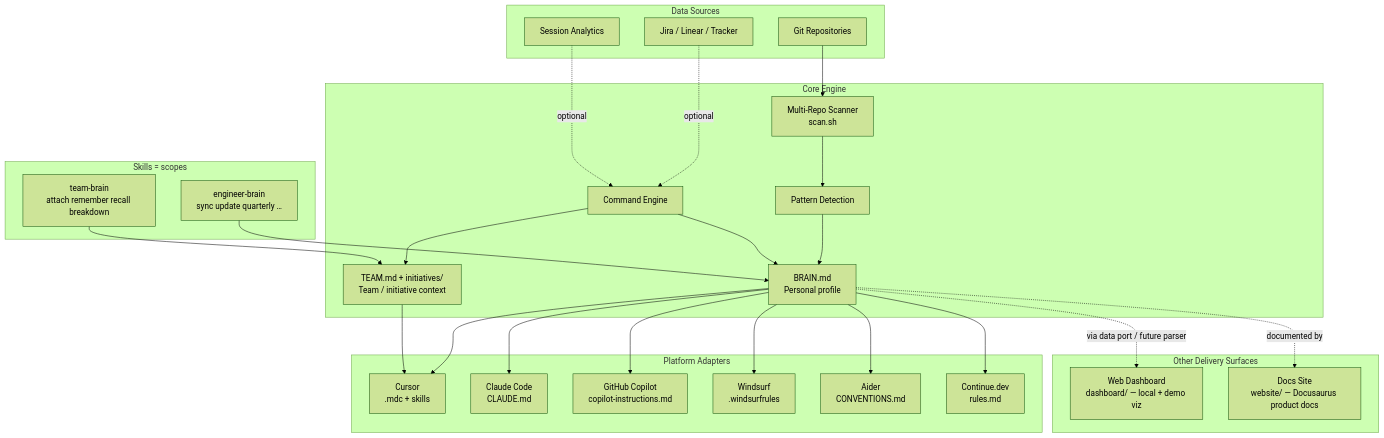
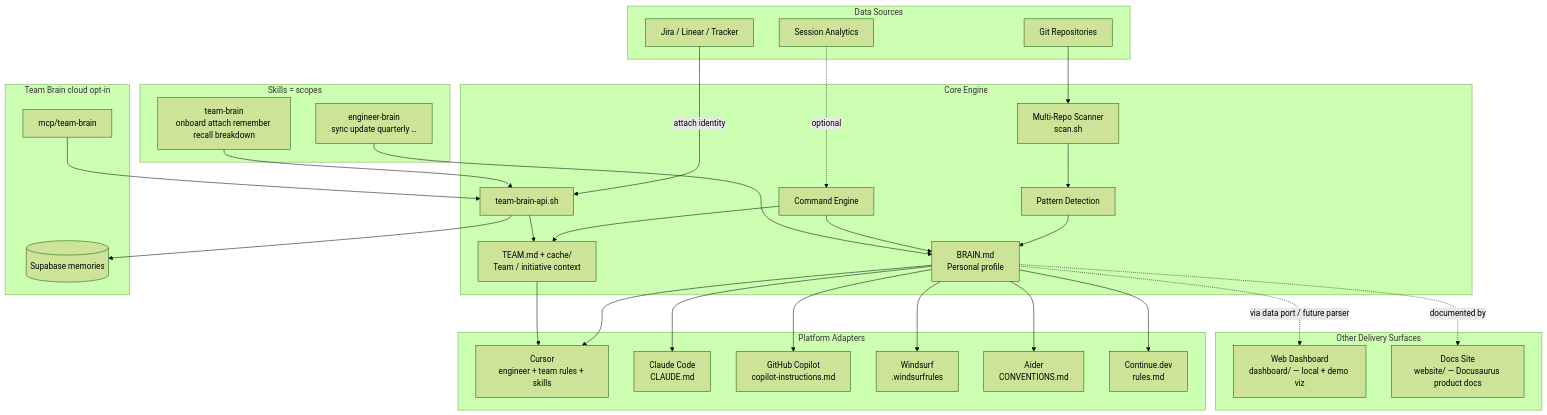
Before and after one commit to Hrithik-Gavankar/brainstack: the first of 7 diagrams in docs/architecture.md, drawn with Mermaid (forest theme). The commit also changed other lines of this file and 24 other files, not shown here.

Commit message:
docs(team-brain): align README, guides, and website with collaborative memory shipped state

````diff
--- a/docs/architecture.md
+++ b/docs/architecture.md
@@ -12,54 +12,63 @@
 ```mermaid
 flowchart TD
     subgraph Sources["Data Sources"]
         GIT[Git Repositories]
         JIRA[Jira / Linear / Tracker]
         SESS[Session Analytics]
     end
 
     subgraph Core["Core Engine"]
         SCAN[Multi-Repo Scanner<br/>scan.sh]
         PATTERN[Pattern Detection]
         BRAIN[BRAIN.md<br/>Personal profile]
-        TEAM[TEAM.md + initiatives/<br/>Team / initiative context]
+        TEAM[TEAM.md + cache/<br/>Team / initiative context]
+        API[team-brain-api.sh]
         CMD[Command Engine]
+    end
+
+    subgraph Cloud["Team Brain cloud opt-in"]
+        SB[(Supabase memories)]
+        MCP[mcp/team-brain]
     end
 
     subgraph Skills["Skills = scopes"]
         EB[engineer-brain<br/>sync update quarterly …]
-        TB[team-brain<br/>attach remember recall breakdown]
+        TB[team-brain<br/>onboard attach remember recall breakdown]
     end
 
     subgraph Adapters["Platform Adapters"]
-        CUR[Cursor<br/>.mdc + skills]
+        CUR[Cursor<br/>engineer + team rules + skills]
         CLA[Claude Code<br/>CLAUDE.md]
         COP[GitHub Copilot<br/>copilot-instructions.md]
         WIN[Windsurf<br/>.windsurfrules]
         AID[Aider<br/>CONVENTIONS.md]
         CON[Continue.dev<br/>rules.md]
     end
 
     subgraph Surfaces["Other Delivery Surfaces"]
         DASH[Web Dashboard<br/>dashboard/ — local + demo viz]
         DOCS[Docs Site<br/>website/ — Docusaurus product docs]
     end
 
     GIT --> SCAN
-    JIRA -.->|optional| CMD
+    JIRA -->|attach identity| API
     SESS -.->|optional| CMD
     SCAN --> PATTERN
     PATTERN --> BRAIN
     CMD --> BRAIN
     CMD --> TEAM
     EB --> BRAIN
-    TB --> TEAM
+    TB --> API
+    API --> SB
+    API --> TEAM
+    MCP --> API
     BRAIN --> CUR
     TEAM --> CUR
     BRAIN --> CLA
     BRAIN --> COP
     BRAIN --> WIN
     BRAIN --> AID
     BRAIN --> CON
     BRAIN -.->|via data port / future parser| DASH
     BRAIN -.->|documented by| DOCS
 ```
````
